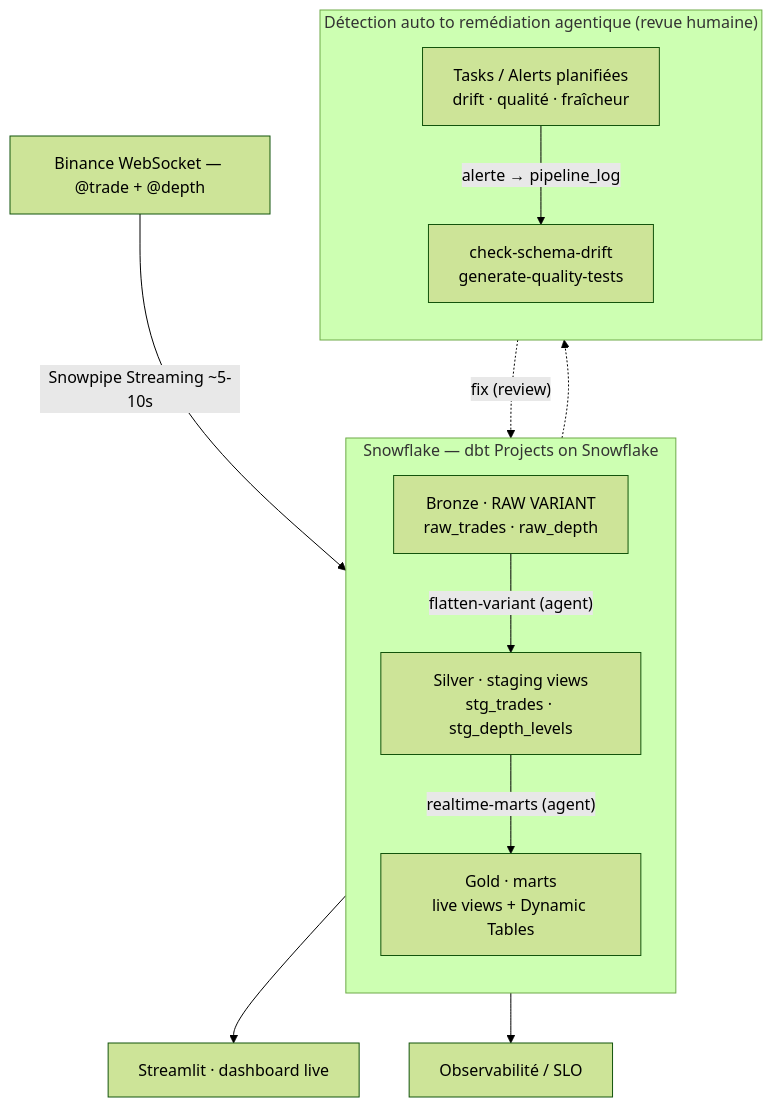
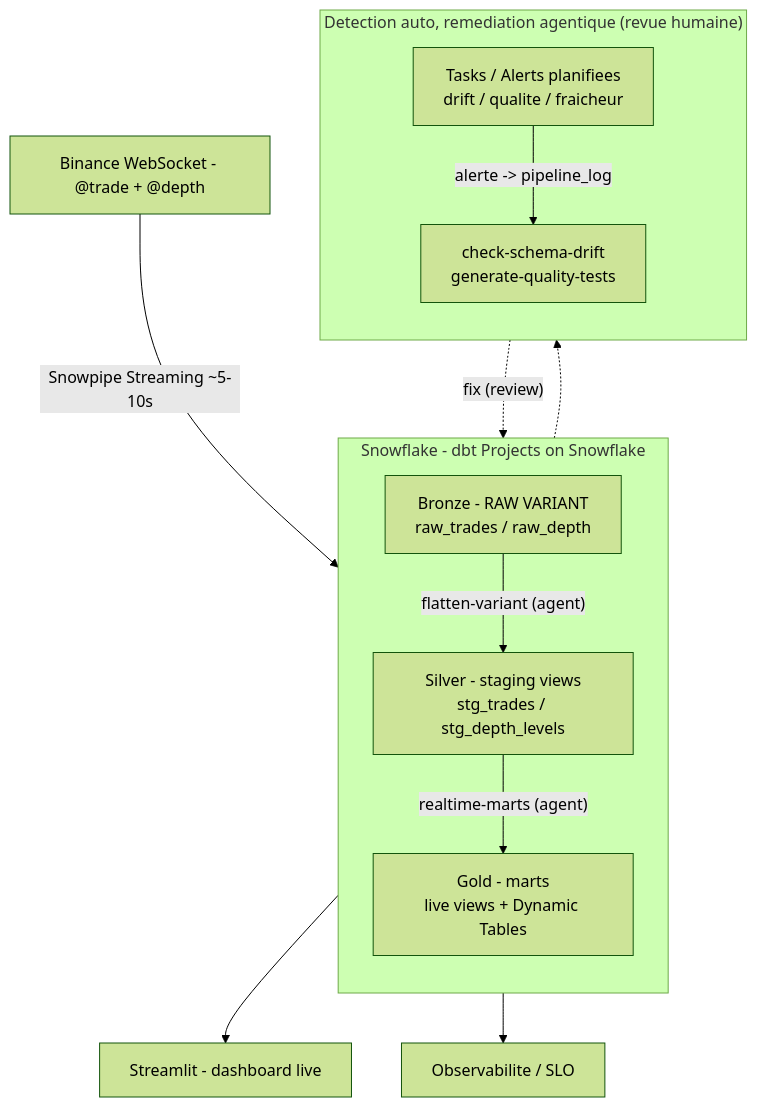
The diagram in README.md (Mo-oM-1/crypto-realtime-snowflake), drawn with Mermaid (forest theme) before and after one commit. The commit also changed other lines of this file and 1 other file, not shown here.

Commit message:
style: README et dashboard sobres (sans emoj)

````diff
--- a/README.md
+++ b/README.md
@@ -32,23 +32,23 @@
 ```mermaid
 flowchart TB
-    BWS["Binance WebSocket — @trade + @depth"]
+    BWS["Binance WebSocket - @trade + @depth"]
     BWS -->|"Snowpipe Streaming ~5-10s"| RAW
-    subgraph SF["Snowflake — dbt Projects on Snowflake"]
+    subgraph SF["Snowflake - dbt Projects on Snowflake"]
         direction TB
-        RAW["Bronze · RAW VARIANT<br/>raw_trades · raw_depth"]
-        STG["Silver · staging views<br/>stg_trades · stg_depth_levels"]
-        MARTS["Gold · marts<br/>live views + Dynamic Tables"]
+        RAW["Bronze - RAW VARIANT<br/>raw_trades / raw_depth"]
+        STG["Silver - staging views<br/>stg_trades / stg_depth_levels"]
+        MARTS["Gold - marts<br/>live views + Dynamic Tables"]
         RAW -->|"flatten-variant (agent)"| STG
         STG -->|"realtime-marts (agent)"| MARTS
     end
-    MARTS --> DASH["Streamlit · dashboard live"]
-    MARTS --> OBS["Observabilité / SLO"]
-    subgraph GOV["Détection auto to remédiation agentique (revue humaine)"]
+    MARTS --> DASH["Streamlit - dashboard live"]
+    MARTS --> OBS["Observabilite / SLO"]
+    subgraph GOV["Detection auto, remediation agentique (revue humaine)"]
         direction TB
-        DET["Tasks / Alerts planifiées<br/>drift · qualité · fraîcheur"]
+        DET["Tasks / Alerts planifiees<br/>drift / qualite / fraicheur"]
         REM["check-schema-drift<br/>generate-quality-tests"]
-        DET -->|"alerte → pipeline_log"| REM
+        DET -->|"alerte -> pipeline_log"| REM
     end
     RAW -.-> DET
     REM -.->|"fix (review)"| STG
 ```
````
